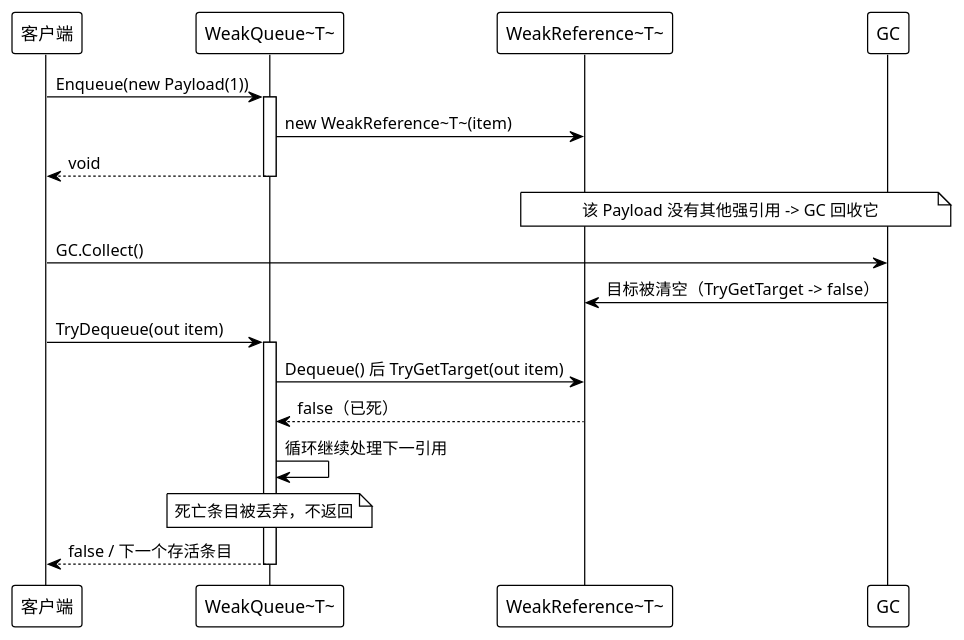
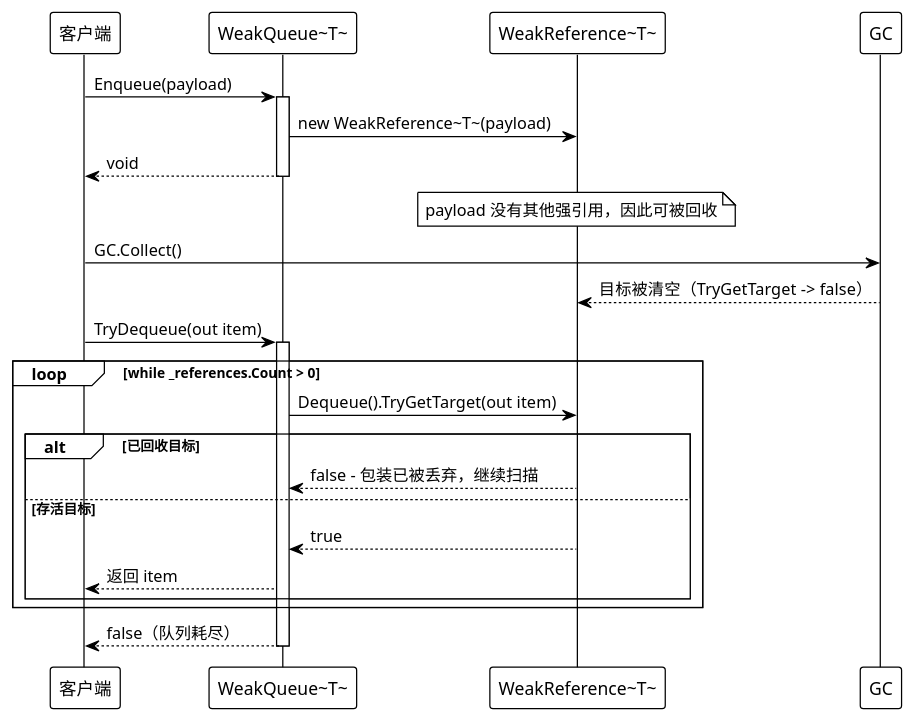
Before and after one commit to Axvser/VeloxDev.Docs: the first of 3 diagrams in src/CloudGlyph/Assets/Docs/content/zh/3_SE分析/03_数据流分析/07_弱引用类型/index.md, drawn with PlantUML. The commit also changed other lines of this file and 443 other files, not shown here.

````diff
--- a/src/CloudGlyph/Assets/Docs/content/zh/3_SE分析/03_数据流分析/07_弱引用类型/index.md
+++ b/src/CloudGlyph/Assets/Docs/content/zh/3_SE分析/03_数据流分析/07_弱引用类型/index.md
@@ -7,30 +7,35 @@
 ```plantuml
 @startuml
 !theme plain
 
 participant "客户端" as C
 participant "WeakQueue~T~" as W
 participant "WeakReference~T~" as WR
 participant "GC" as G
 
-C -> W: Enqueue(new Payload(1))
+C -> W: Enqueue(payload)
 activate W
-W -> WR: new WeakReference~T~(item)
+W -> WR: new WeakReference~T~(payload)
 W --> C: void
 deactivate W
 
-note over WR,G: 该 Payload 没有其他强引用 -> GC 回收它
+note over WR: payload 没有其他强引用，因此可被回收
 
 C -> G: GC.Collect()
-G -> WR: 目标被清空（TryGetTarget -> false）
+G --> WR: 目标被清空（TryGetTarget -> false）
 
 C -> W: TryDequeue(out item)
 activate W
-W -> WR: Dequeue() 后 TryGetTarget(out item)
-WR --> W: false（已死）
-W -> W: 循环继续处理下一引用
-note over W: 死亡条目被丢弃，不返回
-W --> C: false / 下一个存活条目
+loop while _references.Count > 0
+    W -> WR: Dequeue().TryGetTarget(out item)
+    alt 已回收目标
+        WR --> W: false - 包装已被丢弃，继续扫描
+    else 存活目标
+        WR --> W: true
+        W --> C: 返回 item
+    end
+end
+W --> C: false（队列耗尽）
 deactivate W
 @enduml
 ```
````
